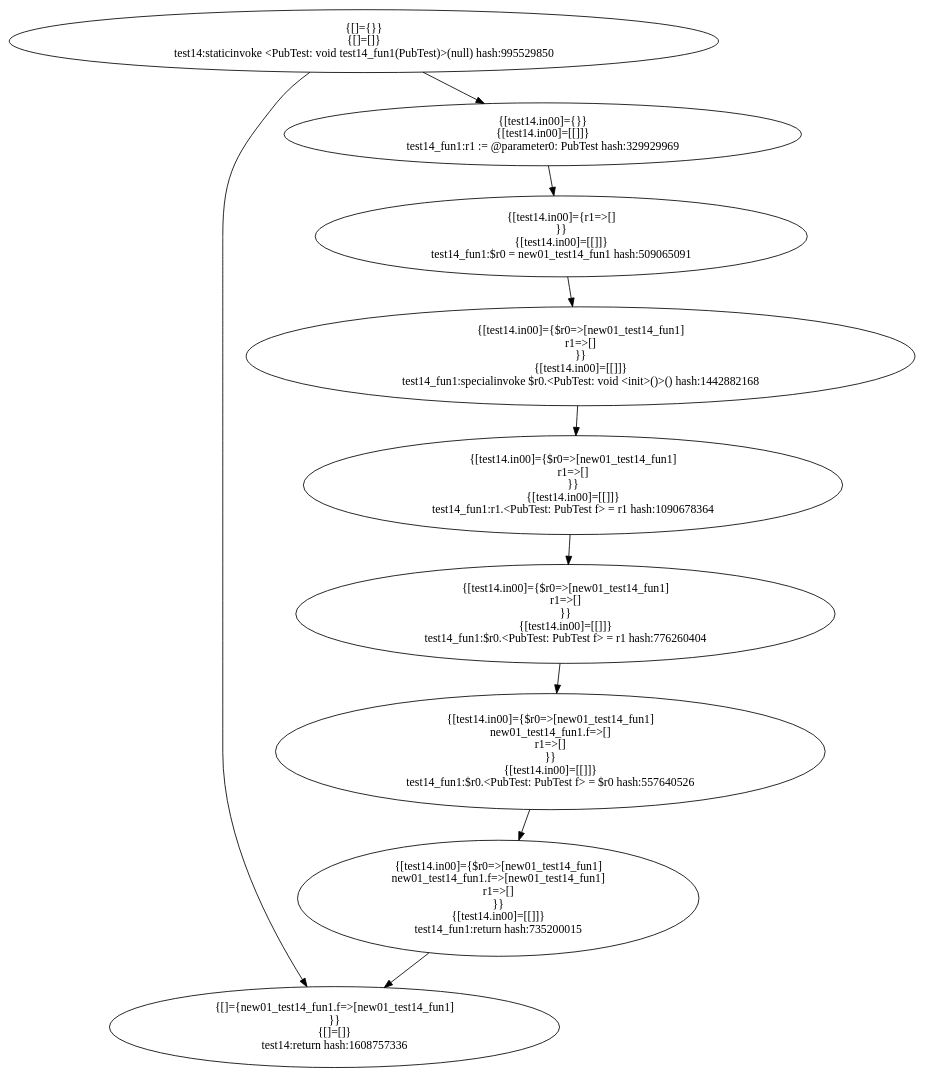
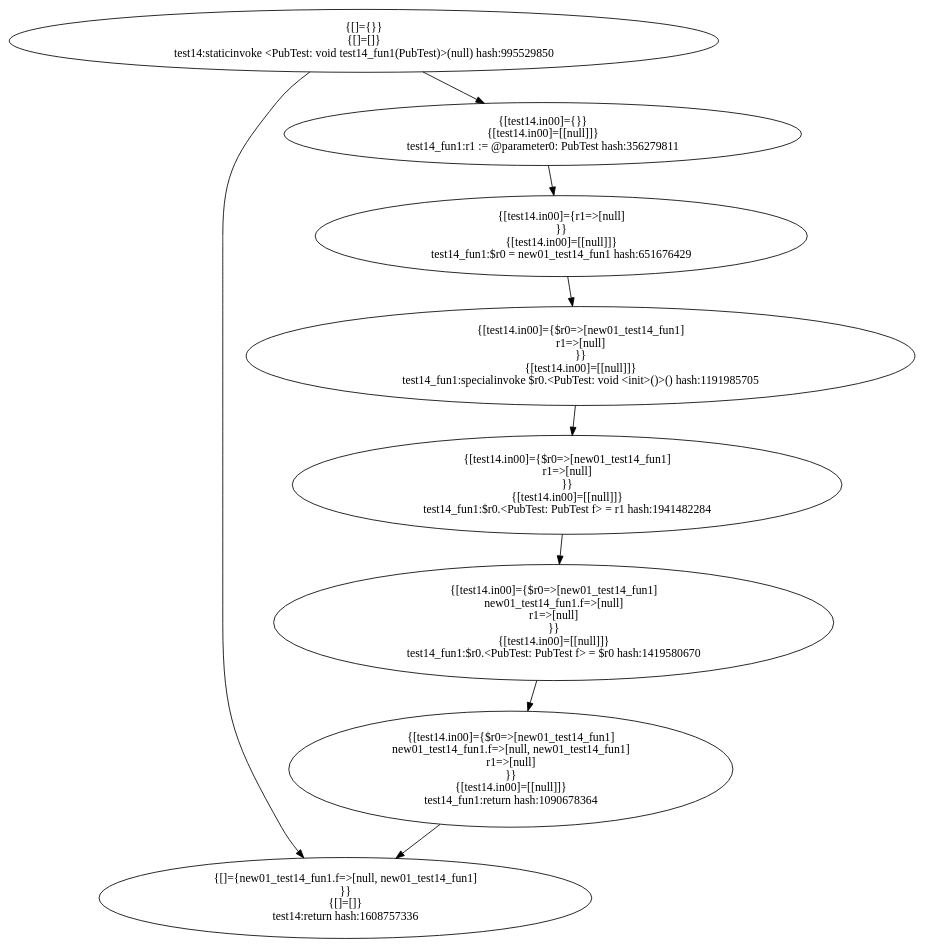
The diagram in target1-pub/PubTest.test14.dot (khushit-shah/PointsToAnalysisJava), drawn with Graphviz before and after one commit. The commit also changed 134 other files, not shown here.

```diff
--- a/target1-pub/PubTest.test14.dot
+++ b/target1-pub/PubTest.test14.dot
@@ -1,116 +1,102 @@
 digraph "./target1-pub/PubTest.test14" {
     "{[]={}}
 {[]=[]}
 test14:staticinvoke <PubTest: void test14_fun1(PubTest)>(null) hash:995529850";
-    "{[]={new01_test14_fun1.f=>[new01_test14_fun1]
+    "{[]={new01_test14_fun1.f=>[null, new01_test14_fun1]
 }}
 {[]=[]}
 test14:return hash:1608757336";
     "{[test14.in00]={}}
-{[test14.in00]=[[]]}
-test14_fun1:r1 := @parameter0: PubTest hash:329929969";
-    "{[test14.in00]={r1=>[]
+{[test14.in00]=[[null]]}
+test14_fun1:r1 := @parameter0: PubTest hash:356279811";
+    "{[test14.in00]={r1=>[null]
 }}
-{[test14.in00]=[[]]}
-test14_fun1:$r0 = new01_test14_fun1 hash:509065091";
+{[test14.in00]=[[null]]}
+test14_fun1:$r0 = new01_test14_fun1 hash:651676429";
     "{[test14.in00]={$r0=>[new01_test14_fun1]
-r1=>[]
+r1=>[null]
 }}
-{[test14.in00]=[[]]}
-test14_fun1:specialinvoke $r0.<PubTest: void <init>()>() hash:1442882168";
+{[test14.in00]=[[null]]}
+test14_fun1:specialinvoke $r0.<PubTest: void <init>()>() hash:1191985705";
     "{[test14.in00]={$r0=>[new01_test14_fun1]
-r1=>[]
+r1=>[null]
 }}
-{[test14.in00]=[[]]}
-test14_fun1:r1.<PubTest: PubTest f> = r1 hash:1090678364";
+{[test14.in00]=[[null]]}
+test14_fun1:$r0.<PubTest: PubTest f> = r1 hash:1941482284";
     "{[test14.in00]={$r0=>[new01_test14_fun1]
-r1=>[]
+new01_test14_fun1.f=>[null]
+r1=>[null]
 }}
-{[test14.in00]=[[]]}
-test14_fun1:$r0.<PubTest: PubTest f> = r1 hash:776260404";
+{[test14.in00]=[[null]]}
+test14_fun1:$r0.<PubTest: PubTest f> = $r0 hash:1419580670";
     "{[test14.in00]={$r0=>[new01_test14_fun1]
-new01_test14_fun1.f=>[]
-r1=>[]
+new01_test14_fun1.f=>[null, new01_test14_fun1]
+r1=>[null]
 }}
-{[test14.in00]=[[]]}
-test14_fun1:$r0.<PubTest: PubTest f> = $r0 hash:557640526";
-    "{[test14.in00]={$r0=>[new01_test14_fun1]
-new01_test14_fun1.f=>[new01_test14_fun1]
-r1=>[]
-}}
-{[test14.in00]=[[]]}
-test14_fun1:return hash:735200015";
+{[test14.in00]=[[null]]}
+test14_fun1:return hash:1090678364";
     "{[]={}}
 {[]=[]}
 test14:staticinvoke <PubTest: void test14_fun1(PubTest)>(null) hash:995529850"->"{[test14.in00]={}}
-{[test14.in00]=[[]]}
-test14_fun1:r1 := @parameter0: PubTest hash:329929969";
+{[test14.in00]=[[null]]}
+test14_fun1:r1 := @parameter0: PubTest hash:356279811";
     "{[]={}}
 {[]=[]}
-test14:staticinvoke <PubTest: void test14_fun1(PubTest)>(null) hash:995529850"->"{[]={new01_test14_fun1.f=>[new01_test14_fun1]
+test14:staticinvoke <PubTest: void test14_fun1(PubTest)>(null) hash:995529850"->"{[]={new01_test14_fun1.f=>[null, new01_test14_fun1]
 }}
 {[]=[]}
 test14:return hash:1608757336";
     "{[test14.in00]={}}
-{[test14.in00]=[[]]}
-test14_fun1:r1 := @parameter0: PubTest hash:329929969"->"{[test14.in00]={r1=>[]
+{[test14.in00]=[[null]]}
+test14_fun1:r1 := @parameter0: PubTest hash:356279811"->"{[test14.in00]={r1=>[null]
 }}
-{[test14.in00]=[[]]}
-test14_fun1:$r0 = new01_test14_fun1 hash:509065091";
-    "{[test14.in00]={r1=>[]
+{[test14.in00]=[[null]]}
+test14_fun1:$r0 = new01_test14_fun1 hash:651676429";
+    "{[test14.in00]={r1=>[null]
 }}
-{[test14.in00]=[[]]}
-test14_fun1:$r0 = new01_test14_fun1 hash:509065091"->"{[test14.in00]={$r0=>[new01_test14_fun1]
-r1=>[]
+{[test14.in00]=[[null]]}
+test14_fun1:$r0 = new01_test14_fun1 hash:651676429"->"{[test14.in00]={$r0=>[new01_test14_fun1]
+r1=>[null]
 }}
-{[test14.in00]=[[]]}
-test14_fun1:specialinvoke $r0.<PubTest: void <init>()>() hash:1442882168";
+{[test14.in00]=[[null]]}
+test14_fun1:specialinvoke $r0.<PubTest: void <init>()>() hash:1191985705";
     "{[test14.in00]={$r0=>[new01_test14_fun1]
-r1=>[]
+r1=>[null]
 }}
-{[test14.in00]=[[]]}
-test14_fun1:specialinvoke $r0.<PubTest: void <init>()>() hash:1442882168"->"{[test14.in00]={$r0=>[new01_test14_fun1]
-r1=>[]
+{[test14.in00]=[[null]]}
+test14_fun1:specialinvoke $r0.<PubTest: void <init>()>() hash:1191985705"->"{[test14.in00]={$r0=>[new01_test14_fun1]
+r1=>[null]
 }}
-{[test14.in00]=[[]]}
-test14_fun1:r1.<PubTest: PubTest f> = r1 hash:1090678364";
+{[test14.in00]=[[null]]}
+test14_fun1:$r0.<PubTest: PubTest f> = r1 hash:1941482284";
     "{[test14.in00]={$r0=>[new01_test14_fun1]
-r1=>[]
+r1=>[null]
 }}
-{[test14.in00]=[[]]}
-test14_fun1:r1.<PubTest: PubTest f> = r1 hash:1090678364"->"{[test14.in00]={$r0=>[new01_test14_fun1]
-r1=>[]
+{[test14.in00]=[[null]]}
+test14_fun1:$r0.<PubTest: PubTest f> = r1 hash:1941482284"->"{[test14.in00]={$r0=>[new01_test14_fun1]
+new01_test14_fun1.f=>[null]
+r1=>[null]
 }}
-{[test14.in00]=[[]]}
-test14_fun1:$r0.<PubTest: PubTest f> = r1 hash:776260404";
+{[test14.in00]=[[null]]}
+test14_fun1:$r0.<PubTest: PubTest f> = $r0 hash:1419580670";
     "{[test14.in00]={$r0=>[new01_test14_fun1]
-r1=>[]
+new01_test14_fun1.f=>[null]
+r1=>[null]
 }}
-{[test14.in00]=[[]]}
-test14_fun1:$r0.<PubTest: PubTest f> = r1 hash:776260404"->"{[test14.in00]={$r0=>[new01_test14_fun1]
-new01_test14_fun1.f=>[]
-r1=>[]
+{[test14.in00]=[[null]]}
+test14_fun1:$r0.<PubTest: PubTest f> = $r0 hash:1419580670"->"{[test14.in00]={$r0=>[new01_test14_fun1]
+new01_test14_fun1.f=>[null, new01_test14_fun1]
+r1=>[null]
 }}
-{[test14.in00]=[[]]}
-test14_fun1:$r0.<PubTest: PubTest f> = $r0 hash:557640526";
+{[test14.in00]=[[null]]}
+test14_fun1:return hash:1090678364";
     "{[test14.in00]={$r0=>[new01_test14_fun1]
-new01_test14_fun1.f=>[]
-r1=>[]
+new01_test14_fun1.f=>[null, new01_test14_fun1]
+r1=>[null]
 }}
-{[test14.in00]=[[]]}
-test14_fun1:$r0.<PubTest: PubTest f> = $r0 hash:557640526"->"{[test14.in00]={$r0=>[new01_test14_fun1]
-new01_test14_fun1.f=>[new01_test14_fun1]
-r1=>[]
-}}
-{[test14.in00]=[[]]}
-test14_fun1:return hash:735200015";
-    "{[test14.in00]={$r0=>[new01_test14_fun1]
-new01_test14_fun1.f=>[new01_test14_fun1]
-r1=>[]
-}}
-{[test14.in00]=[[]]}
-test14_fun1:return hash:735200015"->"{[]={new01_test14_fun1.f=>[new01_test14_fun1]
+{[test14.in00]=[[null]]}
+test14_fun1:return hash:1090678364"->"{[]={new01_test14_fun1.f=>[null, new01_test14_fun1]
 }}
 {[]=[]}
 test14:return hash:1608757336";
 }
```
